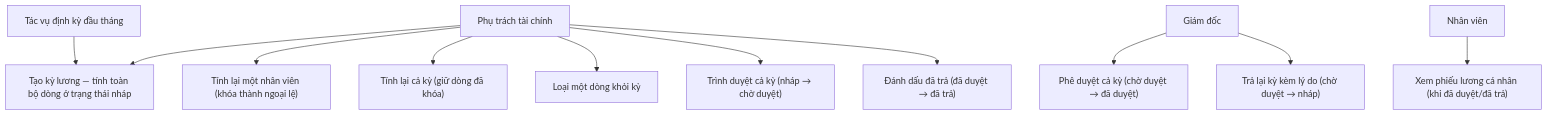
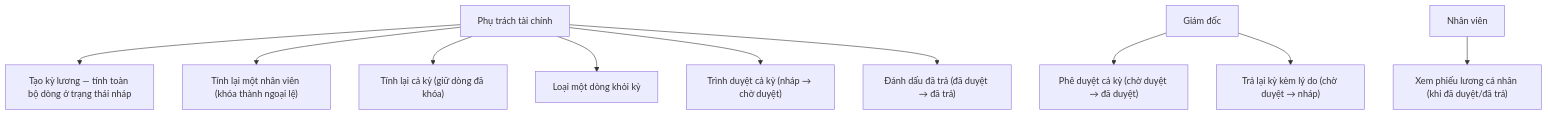
The sixth of 19 diagrams in docs/DATN_20204812_NguyenThanhBach/DATN_20204812_NguyenThanhBach.md (NBachTH/HRMS), drawn with Mermaid before and after one commit. The commit also changed other lines of this file and 10 other files, not shown here.

````diff
--- a/docs/DATN_20204812_NguyenThanhBach/DATN_20204812_NguyenThanhBach.md
+++ b/docs/DATN_20204812_NguyenThanhBach/DATN_20204812_NguyenThanhBach.md
@@ -308,13 +308,12 @@
 ```mermaid
 graph TD
     FIN["Phụ trách tài chính"] --> A["Tạo kỳ lương — tính toàn bộ dòng ở trạng thái nháp"]
     FIN --> R1["Tính lại một nhân viên (khóa thành ngoại lệ)"]
     FIN --> R2["Tính lại cả kỳ (giữ dòng đã khóa)"]
     FIN --> R3["Loại một dòng khỏi kỳ"]
     FIN --> C["Trình duyệt cả kỳ (nháp → chờ duyệt)"]
     FIN --> D["Đánh dấu đã trả (đã duyệt → đã trả)"]
     DIR["Giám đốc"] --> F["Phê duyệt cả kỳ (chờ duyệt → đã duyệt)"]
     DIR --> G["Trả lại kỳ kèm lý do (chờ duyệt → nháp)"]
     EMP["Nhân viên"] --> H["Xem phiếu lương cá nhân (khi đã duyệt/đã trả)"]
-    SCHED["Tác vụ định kỳ đầu tháng"] --> A
 ```
````
